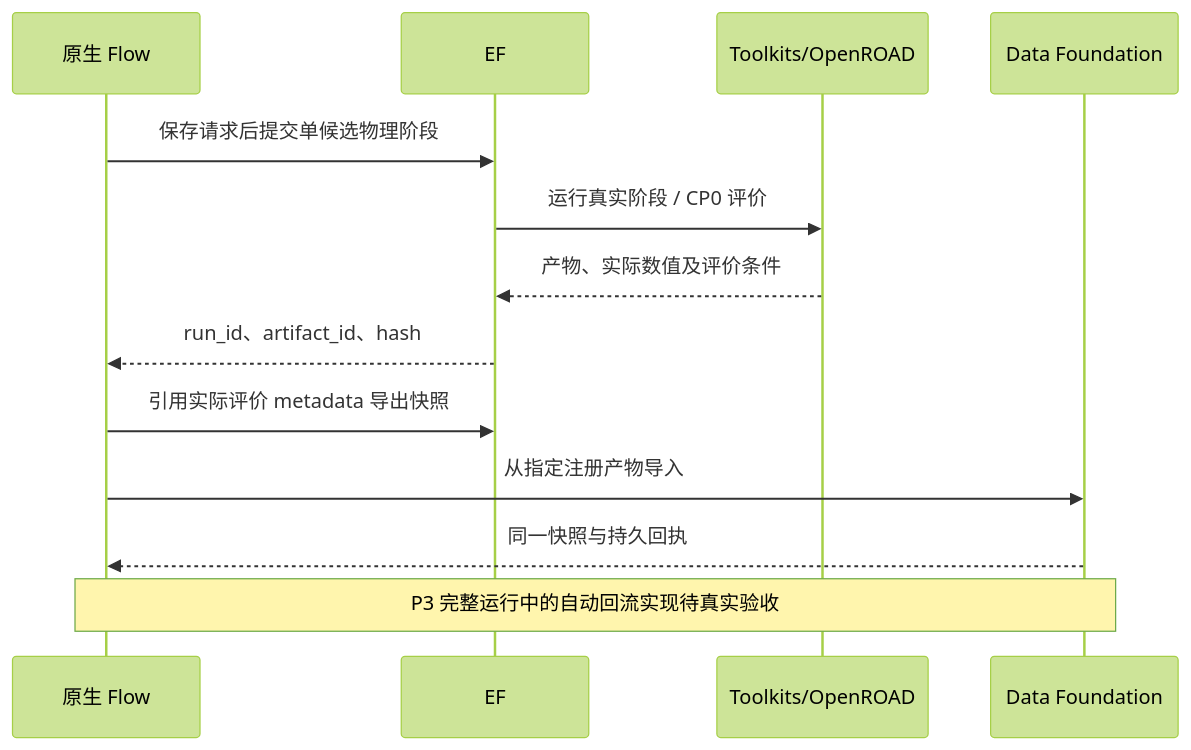
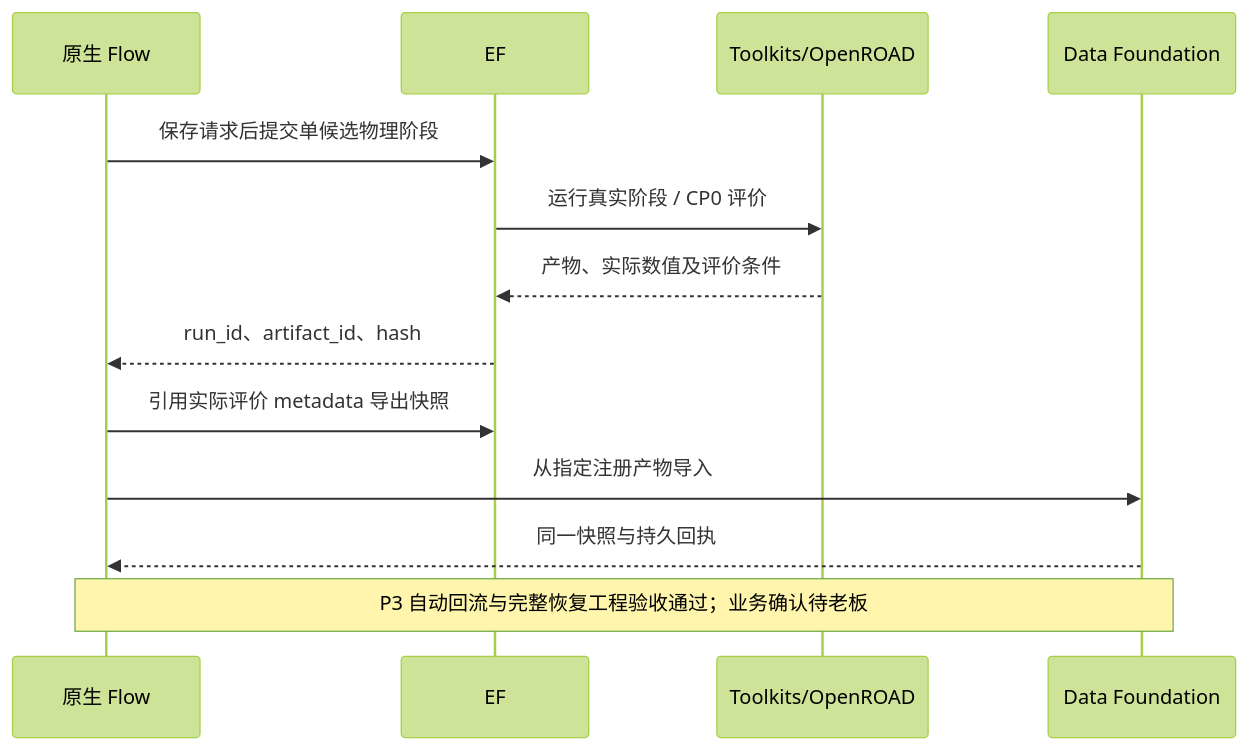
Before and after one commit to CODA-Team/ChipEvolve: the third of 4 diagrams in ARCHITECTURE.md, drawn with Mermaid (forest theme). The commit also changed other lines of this file and 8 other files, not shown here.

````diff
--- a/ARCHITECTURE.md
+++ b/ARCHITECTURE.md
@@ -53,15 +53,15 @@
 ```mermaid
 sequenceDiagram
     participant F as 原生 Flow
     participant E as EF
     participant T as Toolkits/OpenROAD
     participant D as Data Foundation
     F->>E: 保存请求后提交单候选物理阶段
     E->>T: 运行真实阶段 / CP0 评价
     T-->>E: 产物、实际数值及评价条件
     E-->>F: run_id、artifact_id、hash
     F->>E: 引用实际评价 metadata 导出快照
     F->>D: 从指定注册产物导入
     D-->>F: 同一快照与持久回执
-    Note over F,D: P3 完整运行中的自动回流实现待真实验收
+    Note over F,D: P3 自动回流与完整恢复工程验收通过；业务确认待老板
 ```
````
